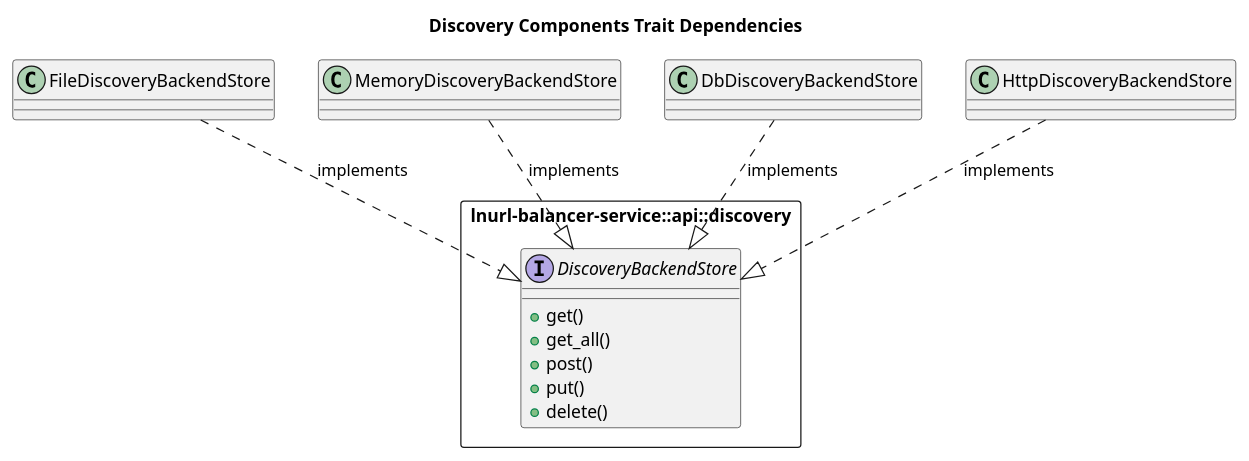
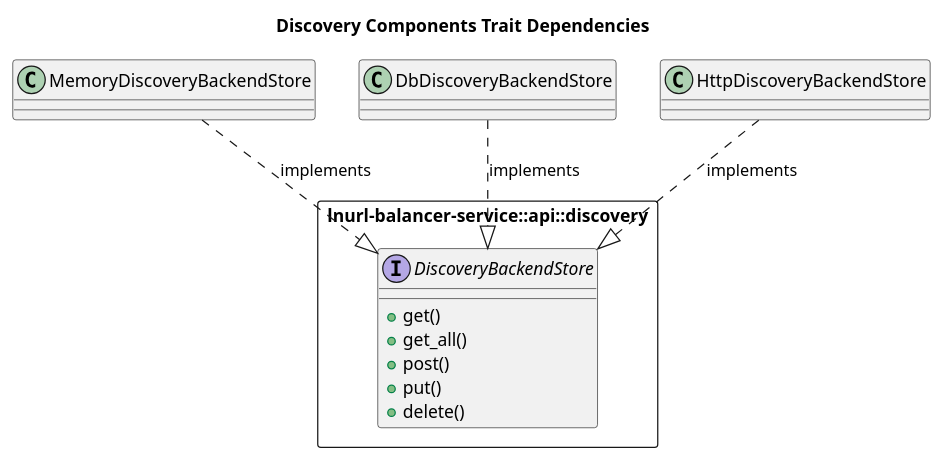
One commit to bitshock-src/switchgear changed the diagram in doc/service_discovery_traits_diagram.puml. Above: the diagram before and after it, drawn with PlantUML. The commit also changed 51 other files, not shown here.

Commit message:
feat: Discovery PATCH, DiscoveryBackend::name, cli exit codes (#45)

```diff
--- a/doc/service_discovery_traits_diagram.puml
+++ b/doc/service_discovery_traits_diagram.puml
@@ -1,28 +1,25 @@
 @startuml
 title Discovery Components Trait Dependencies
-
-class FileDiscoveryBackendStore
 
 class MemoryDiscoveryBackendStore
 
 class DbDiscoveryBackendStore
 
 class HttpDiscoveryBackendStore
 
 package "lnurl-balancer-service::api::discovery" <<Rectangle>> {
   interface DiscoveryBackendStore {
     +get()
     +get_all()
     +post()
     +put()
     +delete()
   }
 }
 
 ' Implementations
-FileDiscoveryBackendStore ..|> DiscoveryBackendStore : implements
 MemoryDiscoveryBackendStore ..|> DiscoveryBackendStore : implements
 DbDiscoveryBackendStore ..|> DiscoveryBackendStore : implements
 HttpDiscoveryBackendStore ..|> DiscoveryBackendStore : implements
 
 @enduml
```
